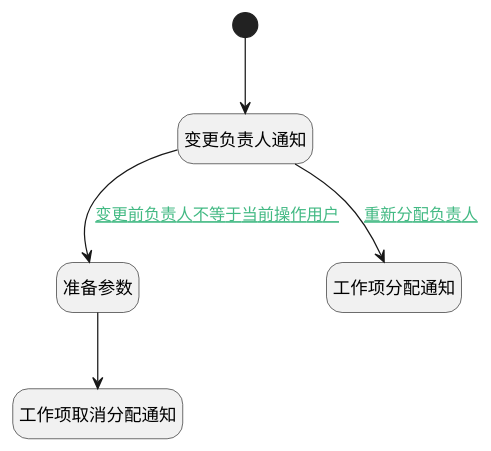
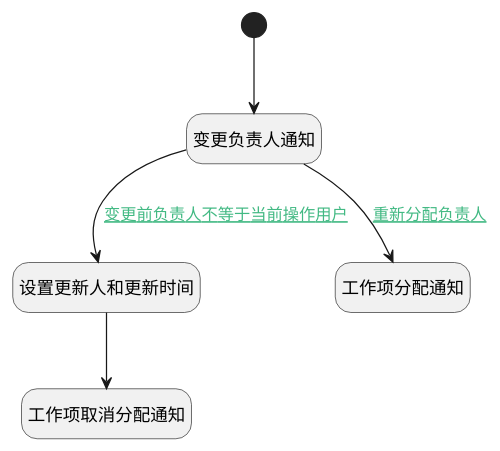
One commit to iBizLab/plm changed the diagram in doc/docsify/module/ProjMgmt/work_item/logic/assignee_onchange.md. Above: the diagram before and after it, drawn with PlantUML. The commit also changed other lines of this file and 1778 other files, not shown here.

````diff
--- a/doc/docsify/module/ProjMgmt/work_item/logic/assignee_onchange.md
+++ b/doc/docsify/module/ProjMgmt/work_item/logic/assignee_onchange.md
@@ -7,25 +7,25 @@
 ```plantuml
 @startuml
 hide empty description
 <style>
 root {
   HyperlinkColor #42b983
 }
 </style>
 
 hide empty description
 state "开始" as Begin <<start>> [[$./assignee_onchange#begin {"开始"}]]
-state "准备参数" as PREPAREPARAM1  [[$./assignee_onchange#prepareparam1 {"准备参数"}]]
+state "设置更新人和更新时间" as PREPAREPARAM1  [[$./assignee_onchange#prepareparam1 {"设置更新人和更新时间"}]]
 state "工作项取消分配通知" as DENOTIFY2  [[$./assignee_onchange#denotify2 {"工作项取消分配通知"}]]
 state "变更负责人通知" as DENOTIFY3  [[$./assignee_onchange#denotify3 {"变更负责人通知"}]]
 state "工作项分配通知" as DENOTIFY1  [[$./assignee_onchange#denotify1 {"工作项分配通知"}]]
 
 
 Begin --> DENOTIFY3
 DENOTIFY3 --> DENOTIFY1 : [[$./assignee_onchange#denotify3-denotify1{重新分配负责人} 重新分配负责人]]
 DENOTIFY3 --> PREPAREPARAM1 : [[$./assignee_onchange#denotify3-prepareparam1{变更前负责人不等于当前操作用户} 变更前负责人不等于当前操作用户]]
 PREPAREPARAM1 --> DENOTIFY2
 
 
 @enduml
 ```
````
